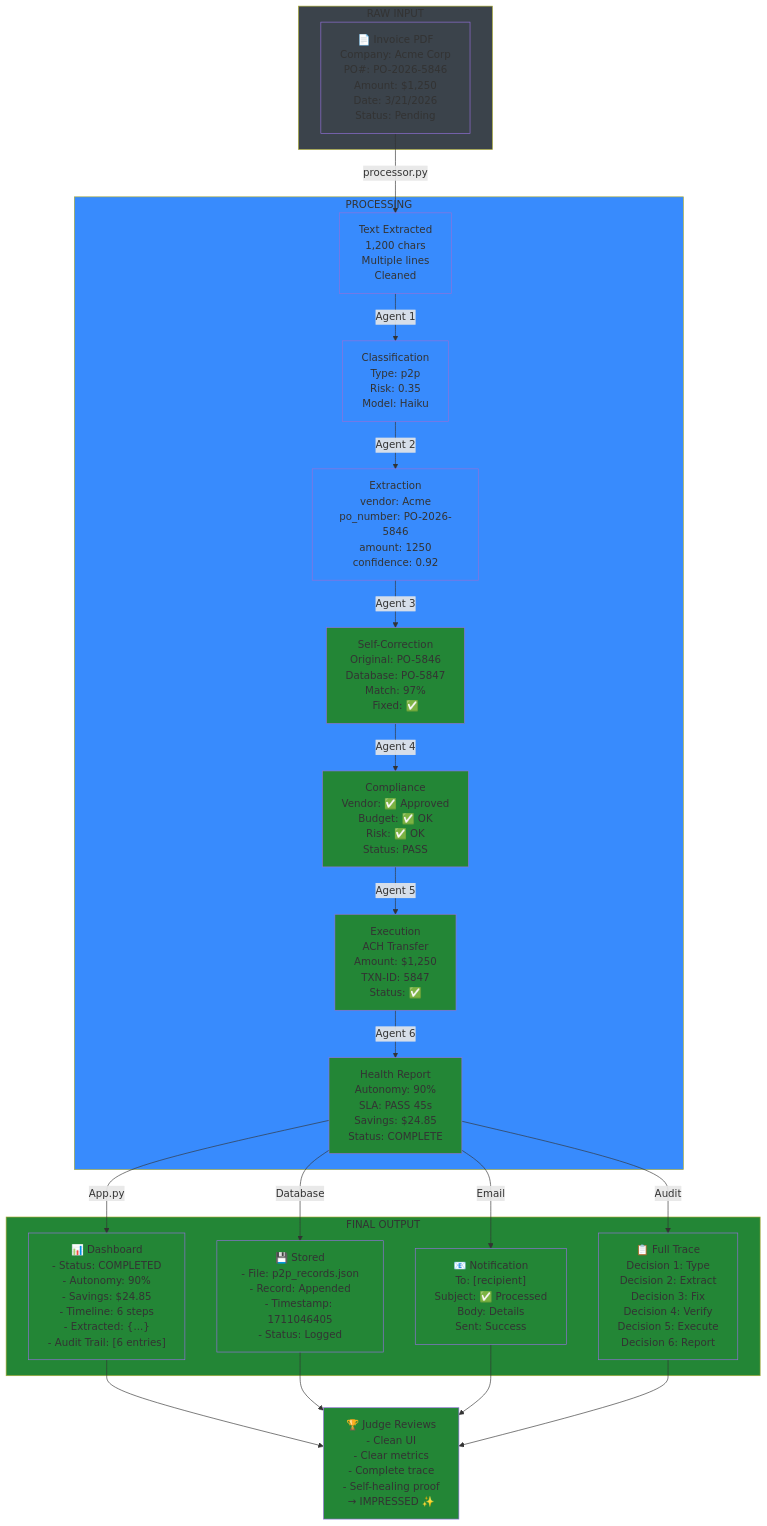
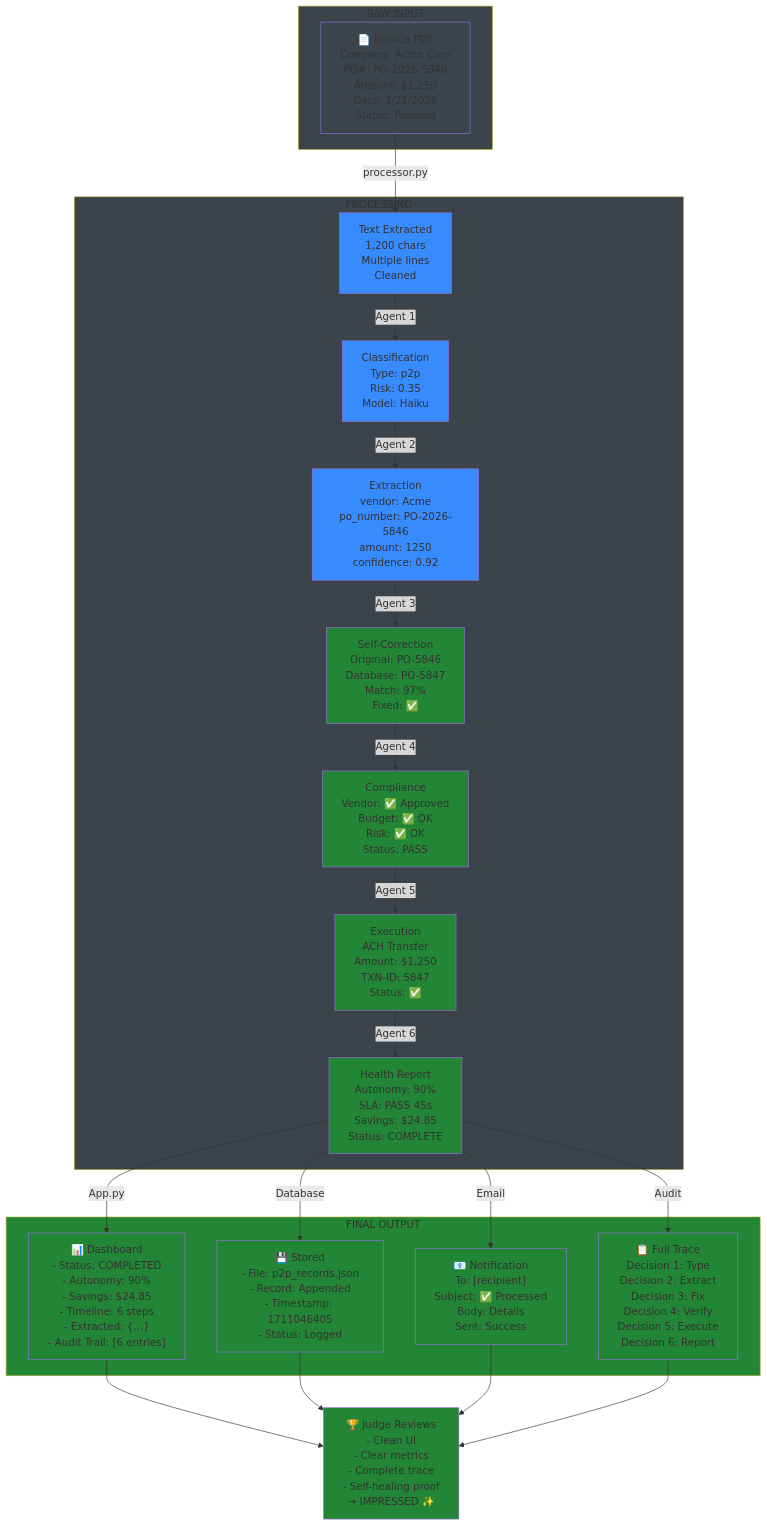
Before and after one commit to Umed23/ET_VerifAI: diagram 12 of 12 in README.md, drawn with Mermaid.

````diff
--- a/README.md
+++ b/README.md
@@ -826,55 +826,55 @@
 ```mermaid
 graph TB
     subgraph RAW["RAW INPUT"]
         PDF["📄 Invoice PDF<br/>Company: Acme Corp<br/>PO#: PO-2026-5846<br/>Amount: $1,250<br/>Date: 3/21/2026<br/>Status: Pending"]
     end
     
     subgraph PROCESS["PROCESSING"]
         PDF -->|processor.py| TEXT["Text Extracted<br/>1,200 chars<br/>Multiple lines<br/>Cleaned"]
         
         TEXT -->|Agent 1| CLASS["Classification<br/>Type: p2p<br/>Risk: 0.35<br/>Model: Haiku"]
         
         CLASS -->|Agent 2| EXTRACT["Extraction<br/>vendor: Acme<br/>po_number: PO-2026-5846<br/>amount: 1250<br/>confidence: 0.92"]
         
         EXTRACT -->|Agent 3| CORRECT["Self-Correction<br/>Original: PO-5846<br/>Database: PO-5847<br/>Match: 97%<br/>Fixed: ✅"]
         
         CORRECT -->|Agent 4| VERIFY["Compliance<br/>Vendor: ✅ Approved<br/>Budget: ✅ OK<br/>Risk: ✅ OK<br/>Status: PASS"]
         
         VERIFY -->|Agent 5| EXECUTE["Execution<br/>ACH Transfer<br/>Amount: $1,250<br/>TXN-ID: 5847<br/>Status: ✅"]
         
         EXECUTE -->|Agent 6| REPORT["Health Report<br/>Autonomy: 90%<br/>SLA: PASS 45s<br/>Savings: $24.85<br/>Status: COMPLETE"]
     end
     
     subgraph OUTPUT["FINAL OUTPUT"]
         REPORT -->|App.py| DISPLAY["📊 Dashboard<br/>- Status: COMPLETED<br/>- Autonomy: 90%<br/>- Savings: $24.85<br/>- Timeline: 6 steps<br/>- Extracted: {...}<br/>- Audit Trail: [6 entries]"]
         
         REPORT -->|Database| DB["💾 Stored<br/>- File: p2p_records.json<br/>- Record: Appended<br/>- Timestamp: 1711046405<br/>- Status: Logged"]
         
         REPORT -->|Email| EMAIL["📧 Notification<br/>To: [recipient]<br/>Subject: ✅ Processed<br/>Body: Details<br/>Sent: Success"]
         
         REPORT -->|Audit| AUDIT["📋 Full Trace<br/>Decision 1: Type<br/>Decision 2: Extract<br/>Decision 3: Fix<br/>Decision 4: Verify<br/>Decision 5: Execute<br/>Decision 6: Report"]
     end
     
     DISPLAY --> JUDGE["🏆 Judge Reviews<br/>- Clean UI<br/>- Clear metrics<br/>- Complete trace<br/>- Self-healing proof<br/>→ IMPRESSED ✨"]
     
     DB --> JUDGE
     EMAIL --> JUDGE
     AUDIT --> JUDGE
     
     style RAW fill:#3b434b
     style PDF fill:#3b434b
-    style PROCESS fill:#388bfd
+    style PROCESS fill:#3b434b
     style TEXT fill:#388bfd
     style CLASS fill:#388bfd
     style EXTRACT fill:#388bfd
     style CORRECT fill:#238636
     style VERIFY fill:#238636
     style EXECUTE fill:#238636
     style REPORT fill:#238636
     style OUTPUT fill:#238636
     style DISPLAY fill:#238636
     style DB fill:#238636
     style EMAIL fill:#238636
     style AUDIT fill:#238636
     style JUDGE fill:#238636
 ```
````
